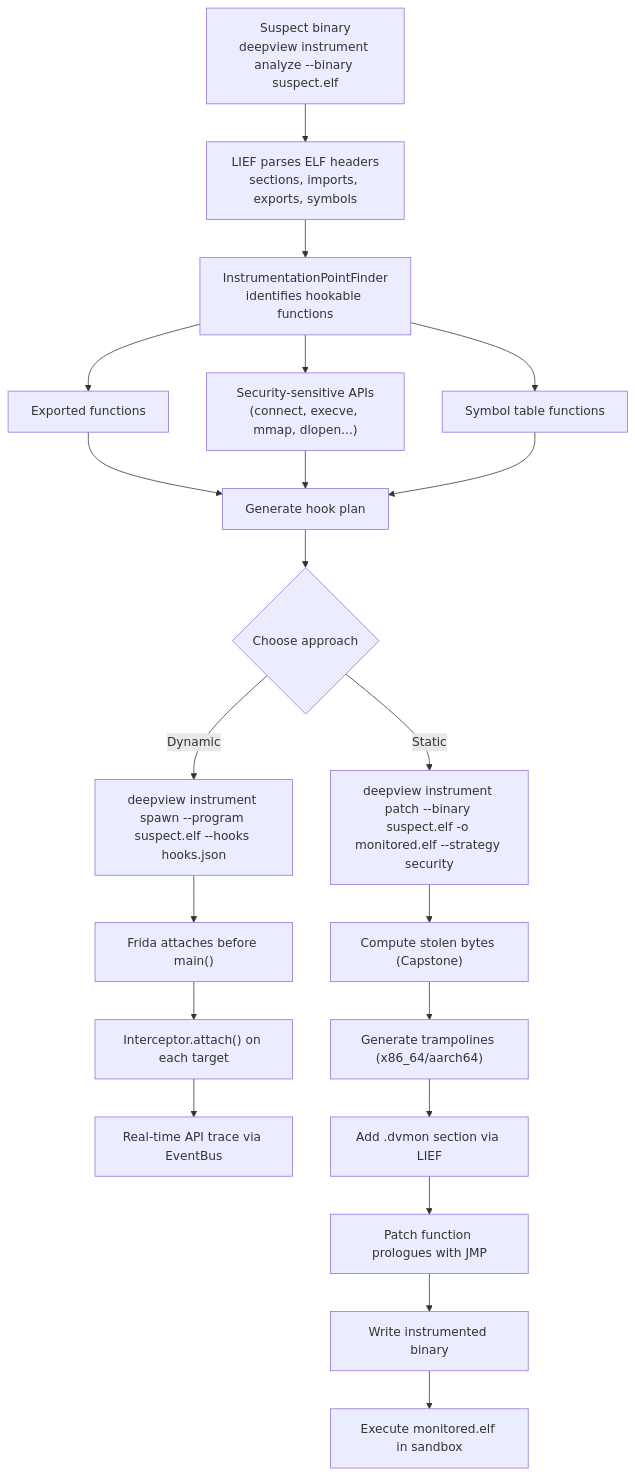
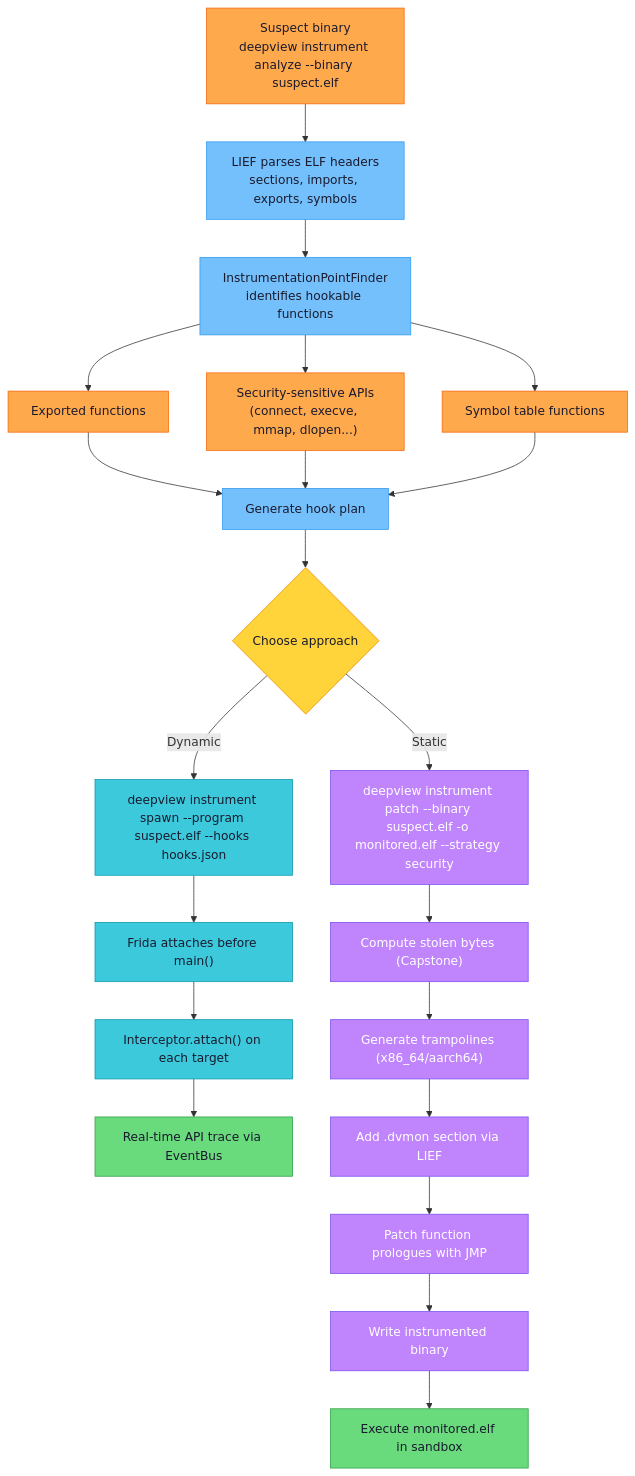
Before and after one commit to sonoransun/deepview: the tenth of 16 diagrams in README.md, drawn with Mermaid. The commit also changed other lines of this file and 47 other files, not shown here.

````diff
--- a/README.md
+++ b/README.md
@@ -532,26 +673,33 @@
 ```mermaid
 flowchart TD
-    A["Suspect binary<br/>deepview instrument analyze --binary suspect.elf"] --> B["LIEF parses ELF headers<br/>sections, imports, exports, symbols"]
-    B --> C["InstrumentationPointFinder<br/>identifies hookable functions"]
+    A["Suspect binary<br/>deepview instrument analyze --binary suspect.elf"]:::source --> B["LIEF parses ELF headers<br/>sections, imports, exports, symbols"]:::analysis
+    B --> C["InstrumentationPointFinder<br/>identifies hookable functions"]:::analysis
 
-    C --> D["Exported functions"]
-    C --> E["Security-sensitive APIs<br/>(connect, execve, mmap, dlopen...)"]
-    C --> F["Symbol table functions"]
+    C --> D["Exported functions"]:::source
+    C --> E["Security-sensitive APIs<br/>(connect, execve, mmap, dlopen...)"]:::source
+    C --> F["Symbol table functions"]:::source
 
-    D & E & F --> G["Generate hook plan"]
+    D & E & F --> G["Generate hook plan"]:::analysis
 
-    G --> H{"Choose approach"}
+    G --> H{"Choose approach"}:::decision
 
-    H -->|Dynamic| I["deepview instrument spawn --program suspect.elf --hooks hooks.json"]
-    I --> J["Frida attaches before main()"]
-    J --> K["Interceptor.attach() on each target"]
-    K --> L["Real-time API trace via EventBus"]
+    H -->|Dynamic| I["deepview instrument spawn --program suspect.elf --hooks hooks.json"]:::instrument
+    I --> J["Frida attaches before main()"]:::instrument
+    J --> K["Interceptor.attach() on each target"]:::instrument
+    K --> L["Real-time API trace via EventBus"]:::report
 
-    H -->|Static| M["deepview instrument patch --binary suspect.elf -o monitored.elf --strategy security"]
-    M --> N["Compute stolen bytes (Capstone)"]
-    N --> O["Generate trampolines (x86_64/aarch64)"]
-    O --> P["Add .dvmon section via LIEF"]
-    P --> Q["Patch function prologues with JMP"]
-    Q --> R["Write instrumented binary"]
-    R --> S["Execute monitored.elf in sandbox"]
+    H -->|Static| M["deepview instrument patch --binary suspect.elf -o monitored.elf --strategy security"]:::detect
+    M --> N["Compute stolen bytes (Capstone)"]:::detect
+    N --> O["Generate trampolines (x86_64/aarch64)"]:::detect
+    O --> P["Add .dvmon section via LIEF"]:::detect
+    P --> Q["Patch function prologues with JMP"]:::detect
+    Q --> R["Write instrumented binary"]:::detect
+    R --> S["Execute monitored.elf in sandbox"]:::report
+
+    classDef source fill:#ffa94d,stroke:#f76707,color:#1a1a2e
+    classDef analysis fill:#74c0fc,stroke:#339af0,color:#1a1a2e
+    classDef decision fill:#ffd43b,stroke:#f08c00,color:#1a1a2e
+    classDef instrument fill:#3bc9db,stroke:#1098ad,color:#1a1a2e
+    classDef detect fill:#c084fc,stroke:#7950f2,color:#fff
+    classDef report fill:#69db7c,stroke:#2f9e44,color:#1a1a2e
 ```
````
